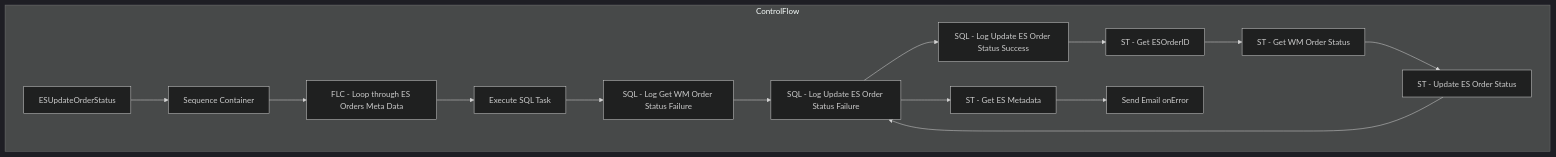
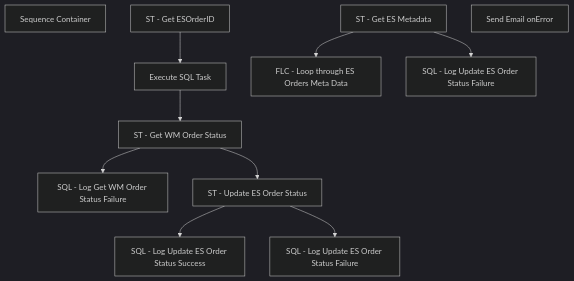
The diagram in bab-docs-explorer/Documentation/STL-SSIS-P-01/SSIS/SSIS/WebOrderProcessing.ESUpdateOrderStatus.md (juanandresbrain/BABSkills), drawn with Mermaid (dark theme) before and after one commit. The commit also changed other lines of this file and 273 other files, not shown here.

````diff
--- a/bab-docs-explorer/Documentation/STL-SSIS-P-01/SSIS/SSIS/WebOrderProcessing.ESUpdateOrderStatus.md
+++ b/bab-docs-explorer/Documentation/STL-SSIS-P-01/SSIS/SSIS/WebOrderProcessing.ESUpdateOrderStatus.md
@@ -9,30 +48,23 @@
 ```mermaid
 flowchart TD
-    subgraph ControlFlow
-        ESUpdateOrderStatus_task["ESUpdateOrderStatus"]
-        Sequence_Container_task["Sequence Container"]
-        ESUpdateOrderStatus_task --> Sequence_Container_task
-        FLC___Loop_through_ES_Orders_Meta_Data_task["FLC - Loop through ES Orders Meta Data"]
-        Sequence_Container_task --> FLC___Loop_through_ES_Orders_Meta_Data_task
-        Execute_SQL_Task_task["Execute SQL Task"]
-        FLC___Loop_through_ES_Orders_Meta_Data_task --> Execute_SQL_Task_task
-        SQL___Log_Get_WM_Order_Status_Failure_task["SQL - Log Get WM Order Status Failure"]
-        Execute_SQL_Task_task --> SQL___Log_Get_WM_Order_Status_Failure_task
-        SQL___Log_Update_ES_Order_Status_Failure_task["SQL - Log Update ES Order Status Failure"]
-        SQL___Log_Get_WM_Order_Status_Failure_task --> SQL___Log_Update_ES_Order_Status_Failure_task
-        SQL___Log_Update_ES_Order_Status_Success_task["SQL - Log Update ES Order Status Success"]
-        SQL___Log_Update_ES_Order_Status_Failure_task --> SQL___Log_Update_ES_Order_Status_Success_task
-        ST___Get_ESOrderID_task["ST - Get ESOrderID"]
-        SQL___Log_Update_ES_Order_Status_Success_task --> ST___Get_ESOrderID_task
-        ST___Get_WM_Order_Status_task["ST - Get WM Order Status"]
-        ST___Get_ESOrderID_task --> ST___Get_WM_Order_Status_task
-        ST___Update_ES_Order_Status_task["ST - Update ES Order Status"]
-        ST___Get_WM_Order_Status_task --> ST___Update_ES_Order_Status_task
-        SQL___Log_Update_ES_Order_Status_Failure_task["SQL - Log Update ES Order Status Failure"]
-        ST___Update_ES_Order_Status_task --> SQL___Log_Update_ES_Order_Status_Failure_task
-        ST___Get_ES_Metadata_task["ST - Get ES Metadata"]
-        SQL___Log_Update_ES_Order_Status_Failure_task --> ST___Get_ES_Metadata_task
-        Send_Email_onError_task["Send Email onError"]
-        ST___Get_ES_Metadata_task --> Send_Email_onError_task
-    end
+    n_Package_Sequence_Container["Sequence Container"]
+    n_Package_Sequence_Container_FLC___Loop_through_ES_Orders_Meta_Data["FLC - Loop through ES Orders Meta Data"]
+    n_Package_Sequence_Container_FLC___Loop_through_ES_Orders_Meta_Data_Execute_SQL_Task["Execute SQL Task"]
+    n_Package_Sequence_Container_FLC___Loop_through_ES_Orders_Meta_Data_SQL___Log_Get_WM_Order_Status_Failure["SQL - Log Get WM Order Status Failure"]
+    n_Package_Sequence_Container_FLC___Loop_through_ES_Orders_Meta_Data_SQL___Log_Update_ES_Order_Status_Failure["SQL - Log Update ES Order Status Failure"]
+    n_Package_Sequence_Container_FLC___Loop_through_ES_Orders_Meta_Data_SQL___Log_Update_ES_Order_Status_Success["SQL - Log Update ES Order Status Success"]
+    n_Package_Sequence_Container_FLC___Loop_through_ES_Orders_Meta_Data_ST___Get_ESOrderID["ST - Get ESOrderID"]
+    n_Package_Sequence_Container_FLC___Loop_through_ES_Orders_Meta_Data_ST___Get_WM_Order_Status["ST - Get WM Order Status"]
+    n_Package_Sequence_Container_FLC___Loop_through_ES_Orders_Meta_Data_ST___Update_ES_Order_Status["ST - Update ES Order Status"]
+    n_Package_Sequence_Container_SQL___Log_Update_ES_Order_Status_Failure["SQL - Log Update ES Order Status Failure"]
+    n_Package_Sequence_Container_ST___Get_ES_Metadata["ST - Get ES Metadata"]
+    n_Package_EventHandlers_OnError__Send_Email_onError["Send Email onError"]
+    n_Package_Sequence_Container_FLC___Loop_through_ES_Orders_Meta_Data_ST___Update_ES_Order_Status --> n_Package_Sequence_Container_FLC___Loop_through_ES_Orders_Meta_Data_SQL___Log_Update_ES_Order_Status_Success
+    n_Package_Sequence_Container_FLC___Loop_through_ES_Orders_Meta_Data_ST___Update_ES_Order_Status --> n_Package_Sequence_Container_FLC___Loop_through_ES_Orders_Meta_Data_SQL___Log_Update_ES_Order_Status_Failure
+    n_Package_Sequence_Container_FLC___Loop_through_ES_Orders_Meta_Data_ST___Get_ESOrderID --> n_Package_Sequence_Container_FLC___Loop_through_ES_Orders_Meta_Data_Execute_SQL_Task
+    n_Package_Sequence_Container_FLC___Loop_through_ES_Orders_Meta_Data_Execute_SQL_Task --> n_Package_Sequence_Container_FLC___Loop_through_ES_Orders_Meta_Data_ST___Get_WM_Order_Status
+    n_Package_Sequence_Container_FLC___Loop_through_ES_Orders_Meta_Data_ST___Get_WM_Order_Status --> n_Package_Sequence_Container_FLC___Loop_through_ES_Orders_Meta_Data_SQL___Log_Get_WM_Order_Status_Failure
+    n_Package_Sequence_Container_FLC___Loop_through_ES_Orders_Meta_Data_ST___Get_WM_Order_Status --> n_Package_Sequence_Container_FLC___Loop_through_ES_Orders_Meta_Data_ST___Update_ES_Order_Status
+    n_Package_Sequence_Container_ST___Get_ES_Metadata --> n_Package_Sequence_Container_FLC___Loop_through_ES_Orders_Meta_Data
+    n_Package_Sequence_Container_ST___Get_ES_Metadata --> n_Package_Sequence_Container_SQL___Log_Update_ES_Order_Status_Failure
 ```
````
